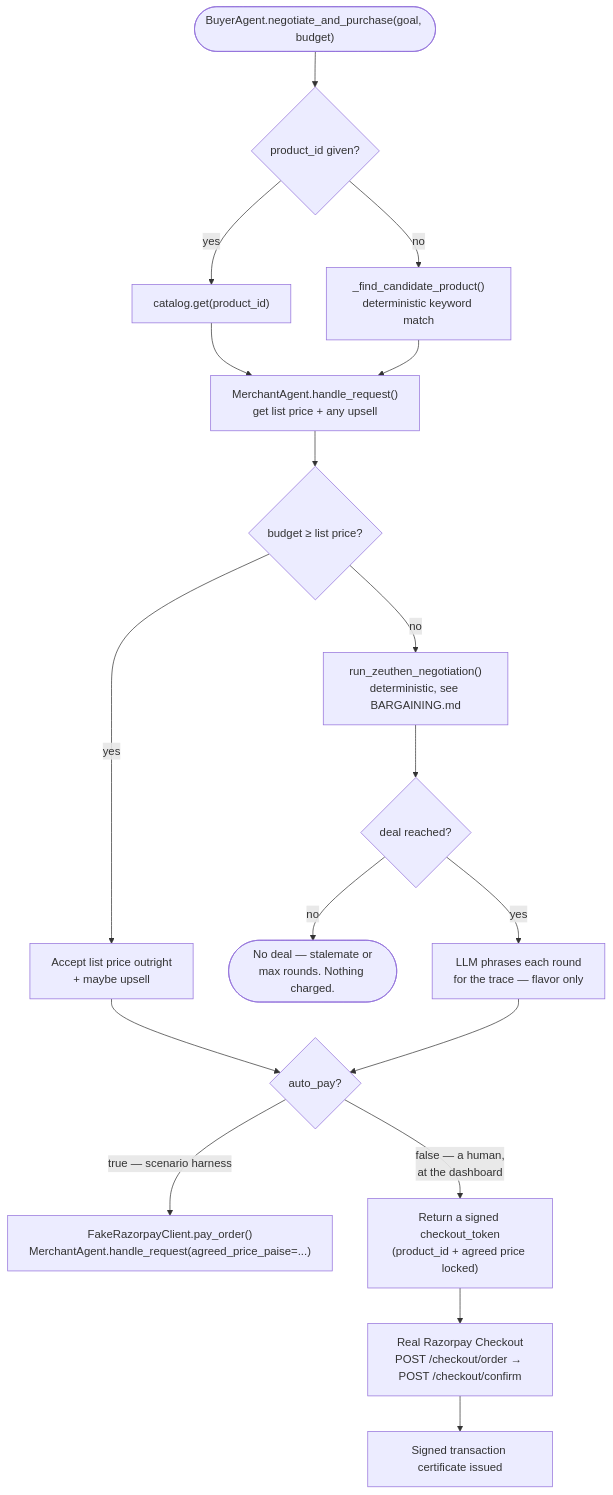
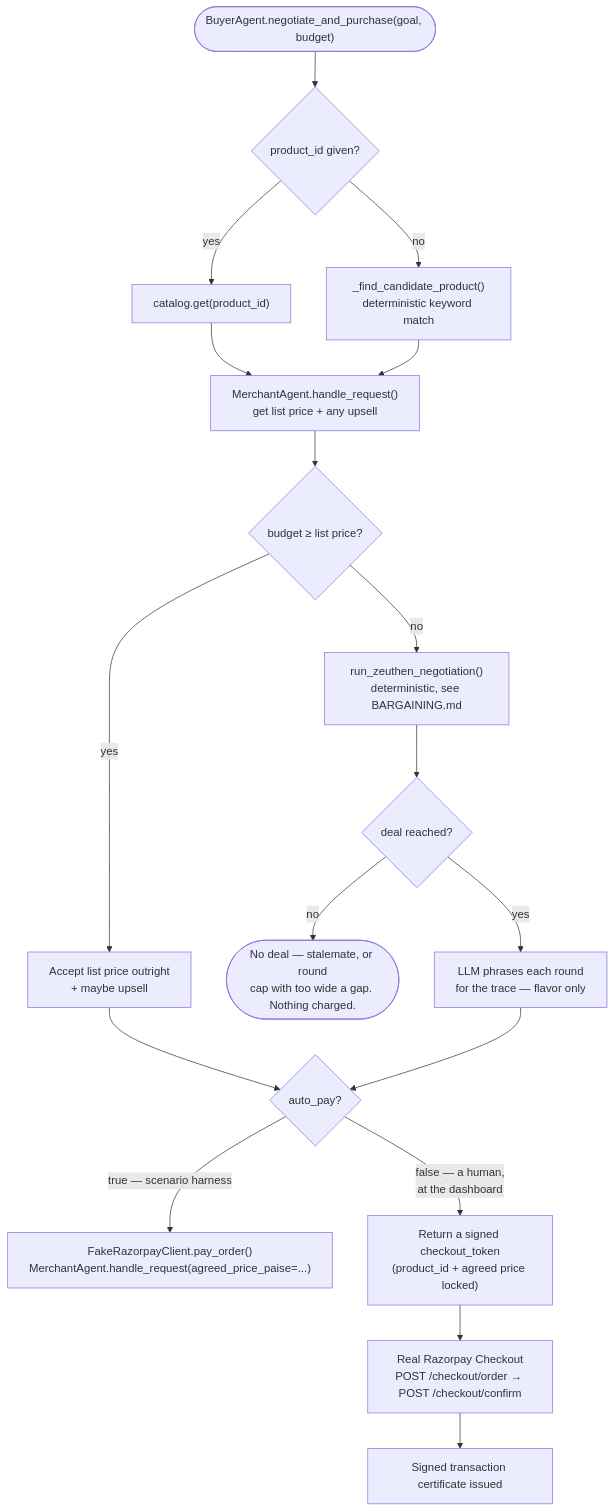
Before and after one commit to vbhati15/setu: the second of 4 diagrams in docs/ARCHITECTURE.md, drawn with Mermaid. The commit also changed 10 other files, not shown here.

````diff
--- a/docs/ARCHITECTURE.md
+++ b/docs/ARCHITECTURE.md
@@ -106,25 +106,25 @@
 ```mermaid
 flowchart TD
     Start(["BuyerAgent.negotiate_and_purchase(goal, budget)"]) --> Match{"product_id given?"}
     Match -->|"yes"| Direct["catalog.get(product_id)"]
     Match -->|"no"| Keyword["_find_candidate_product()<br/>deterministic keyword match"]
     Direct --> Quote["MerchantAgent.handle_request()<br/>get list price + any upsell"]
     Keyword --> Quote
 
     Quote --> Afford{"budget ≥ list price?"}
     Afford -->|"yes"| Accept["Accept list price outright<br/>+ maybe upsell"]
     Afford -->|"no"| Zeuthen["run_zeuthen_negotiation()<br/>deterministic, see BARGAINING.md"]
 
     Zeuthen --> Outcome{"deal reached?"}
-    Outcome -->|"no"| Fail(["No deal — stalemate or<br/>max rounds. Nothing charged."])
+    Outcome -->|"no"| Fail(["No deal — stalemate, or round<br/>cap with too wide a gap. Nothing charged."])
     Outcome -->|"yes"| Phrase["LLM phrases each round<br/>for the trace — flavor only"]
 
     Accept --> PayMode{"auto_pay?"}
     Phrase --> PayMode
 
     PayMode -->|"true — scenario harness"| Pay["FakeRazorpayClient.pay_order()<br/>MerchantAgent.handle_request(agreed_price_paise=...)"]
     PayMode -->|"false — a human,<br/>at the dashboard"| Token["Return a signed checkout_token<br/>(product_id + agreed price locked)"]
 
     Token --> Checkout["Real Razorpay Checkout<br/>POST /checkout/order → POST /checkout/confirm"]
     Checkout --> Cert["Signed transaction certificate issued"]
 ```
````
